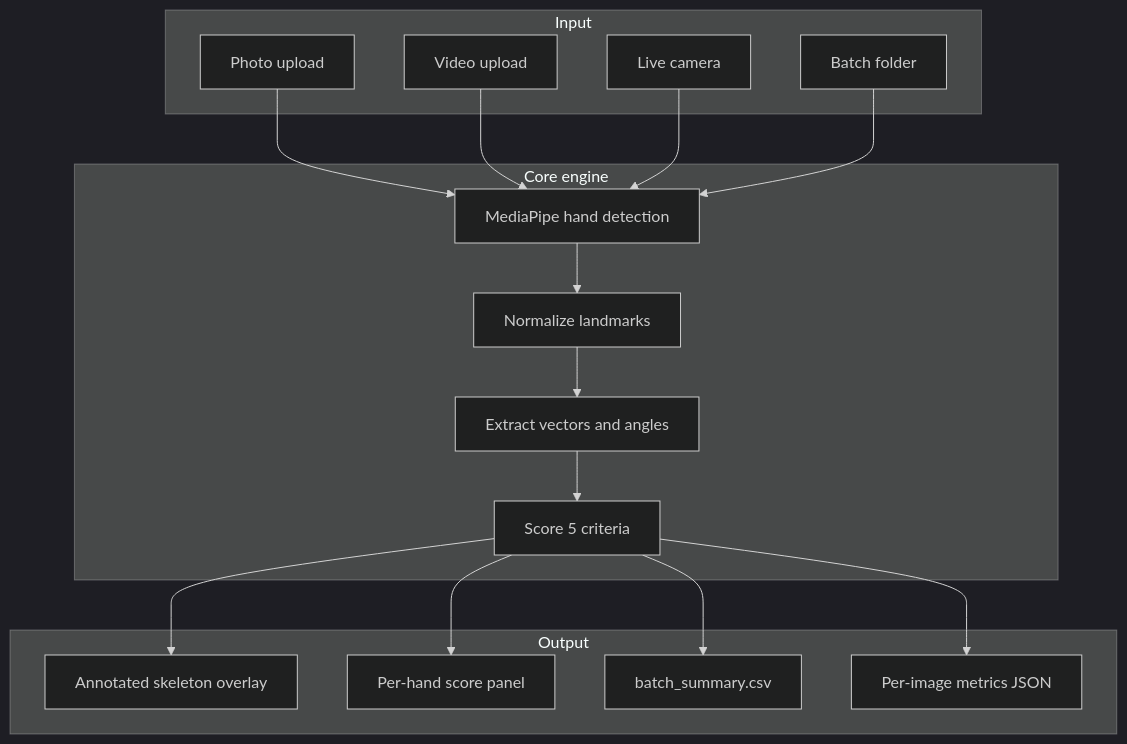
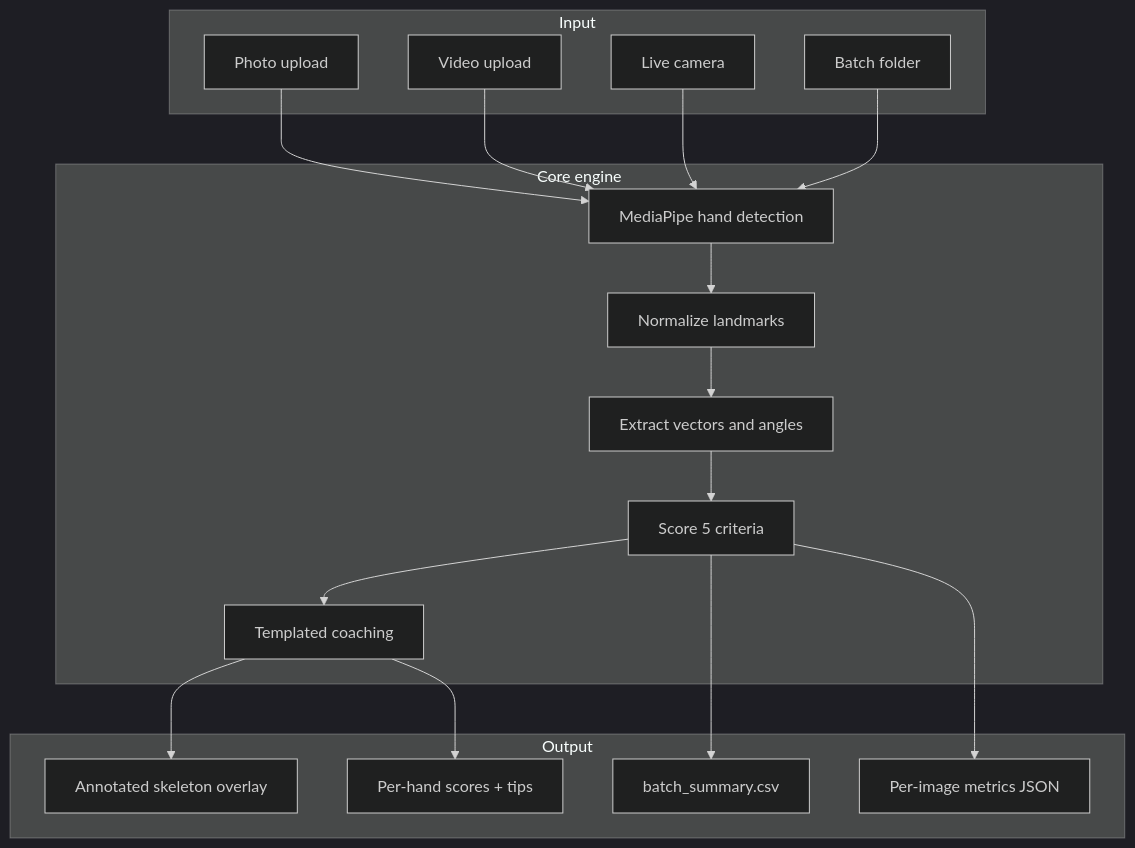
The diagram in README.md (defAaron/TechniqueTitan), drawn with Mermaid (dark theme) before and after one commit. The commit also changed other lines of this file and 7 other files, not shown here.

````diff
--- a/README.md
+++ b/README.md
@@ -141,33 +152,34 @@
 ```mermaid
 flowchart TD
     subgraph input [Input]
         Photo[Photo upload]
         Video[Video upload]
         Live[Live camera]
         Batch[Batch folder]
     end
 
     subgraph engine [Core engine]
         Detect[MediaPipe hand detection]
         Norm[Normalize landmarks]
         Features[Extract vectors and angles]
         Score[Score 5 criteria]
+        Coach[Templated coaching]
     end
 
     subgraph output [Output]
         Overlay[Annotated skeleton overlay]
-        Panel[Per-hand score panel]
+        Panel[Per-hand scores + tips]
         CSV[batch_summary.csv]
         JSON[Per-image metrics JSON]
     end
 
     Photo --> Detect
     Video --> Detect
     Live --> Detect
     Batch --> Detect
-    Detect --> Norm --> Features --> Score
-    Score --> Overlay
-    Score --> Panel
+    Detect --> Norm --> Features --> Score --> Coach
+    Coach --> Overlay
+    Coach --> Panel
     Score --> CSV
     Score --> JSON
 ```
````
